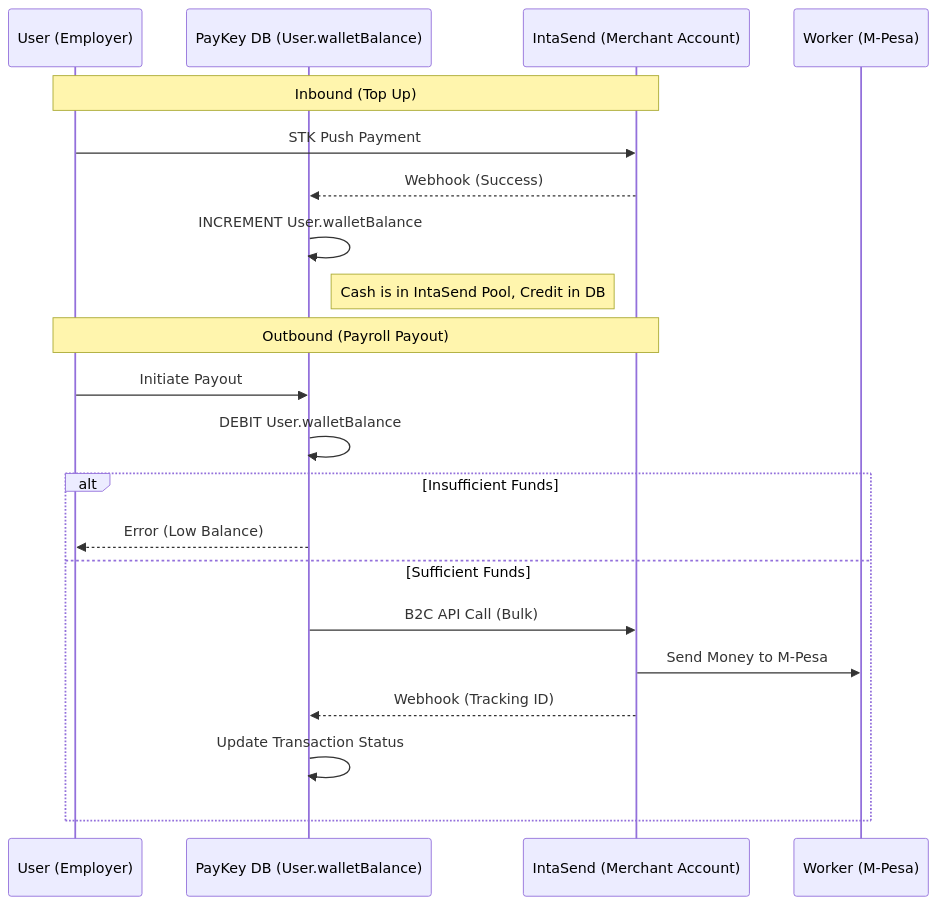
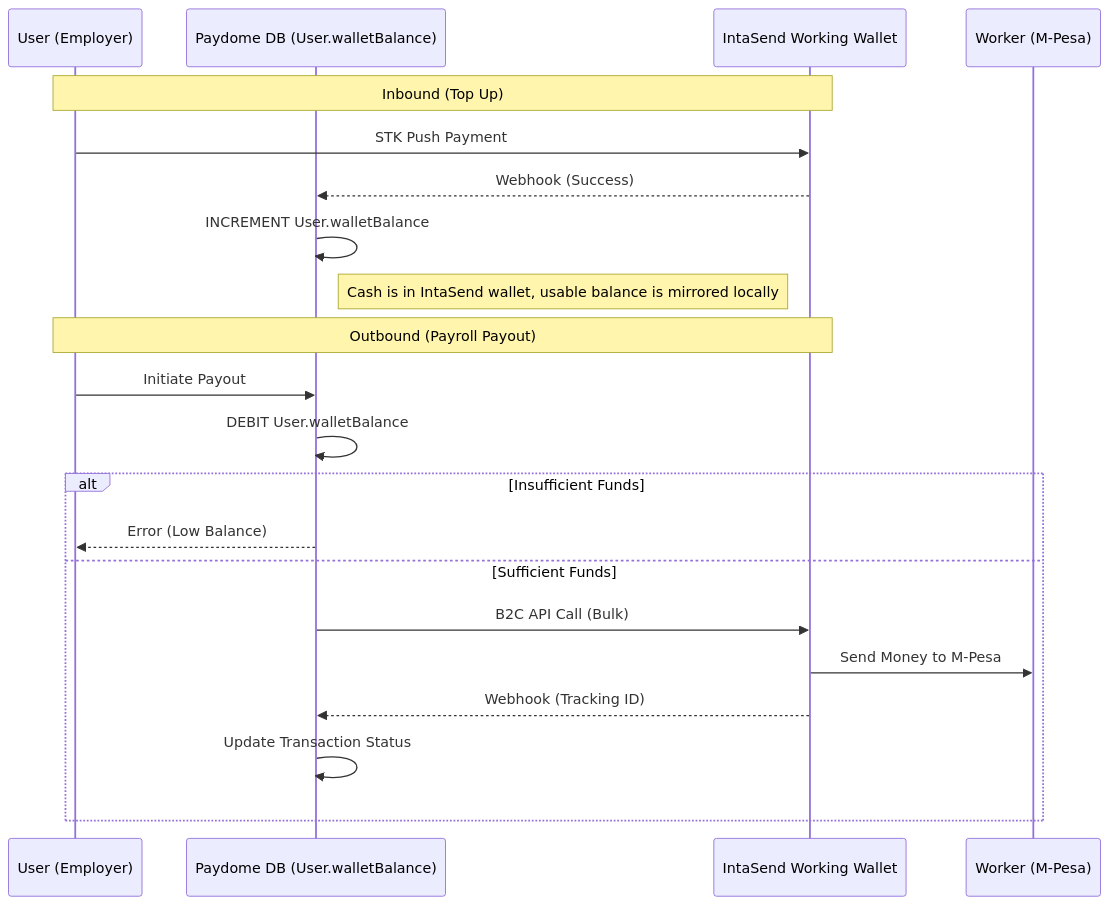
The first of 2 diagrams in docs/guides/INTASEND_SYSTEM_ARCHITECTURE.md (ronslink/payKey), drawn with Mermaid before and after one commit. The commit also changed other lines of this file and 9 other files, not shown here.

Commit message:
Harden IntaSend payment flows

````diff
--- a/docs/guides/INTASEND_SYSTEM_ARCHITECTURE.md
+++ b/docs/guides/INTASEND_SYSTEM_ARCHITECTURE.md
@@ -25,25 +29,25 @@
 ```mermaid
 sequenceDiagram
     participant U as User (Employer)
-    participant PK as PayKey DB (User.walletBalance)
-    participant IS as IntaSend (Merchant Account)
+    participant PK as Paydome DB (User.walletBalance)
+    participant IS as IntaSend Working Wallet
     participant W as Worker (M-Pesa)
 
     Note over U, IS: Inbound (Top Up)
     U->>IS: STK Push Payment
     IS-->>PK: Webhook (Success)
     PK->>PK: INCREMENT User.walletBalance
-    Note right of PK: Cash is in IntaSend Pool, Credit in DB
+    Note right of PK: Cash is in IntaSend wallet, usable balance is mirrored locally
 
     Note over U, IS: Outbound (Payroll Payout)
     U->>PK: Initiate Payout
     PK->>PK: DEBIT User.walletBalance
     alt Insufficient Funds
         PK-->>U: Error (Low Balance)
     else Sufficient Funds
         PK->>IS: B2C API Call (Bulk)
         IS->>W: Send Money to M-Pesa
         IS-->>PK: Webhook (Tracking ID)
         PK->>PK: Update Transaction Status
     end
 ```
````
